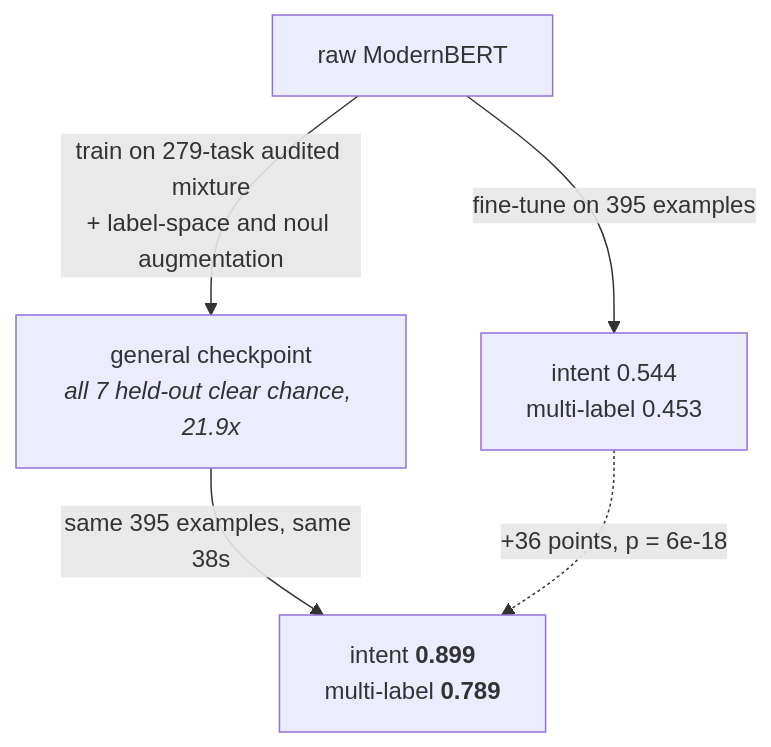
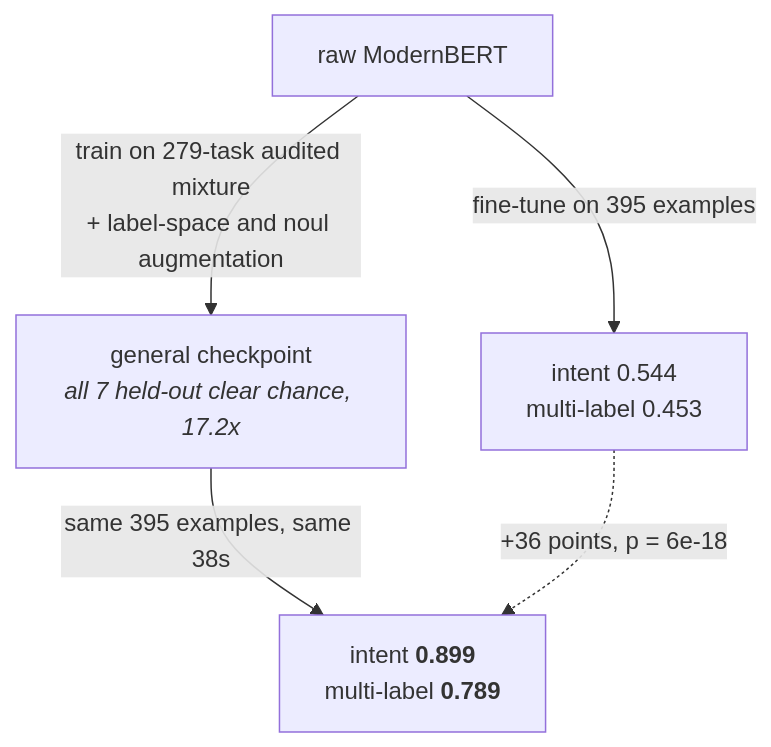
Before and after one commit to S1LV3RJ1NX/openjev: the fourth of 4 diagrams in docs/architecture.md, drawn with Mermaid. The commit also changed 10 other files, not shown here.

````diff
--- a/docs/architecture.md
+++ b/docs/architecture.md
@@ -159,7 +159,7 @@
 ```mermaid
 flowchart TB
     RAW["raw ModernBERT"] -->|"fine-tune on 395 examples"| A["intent 0.544<br/>multi-label 0.453"]
-    RAW -->|"train on 279-task audited mixture<br/>+ label-space and noul augmentation"| GEN["general checkpoint<br/><i>all 7 held-out clear chance, 21.9x</i>"]
+    RAW -->|"train on 279-task audited mixture<br/>+ label-space and noul augmentation"| GEN["general checkpoint<br/><i>all 7 held-out clear chance, 17.2x</i>"]
     GEN -->|"same 395 examples, same 38s"| B["intent <b>0.899</b><br/>multi-label <b>0.789</b>"]
     A -.->|"+36 points, p = 6e-18"| B
 ```
````
